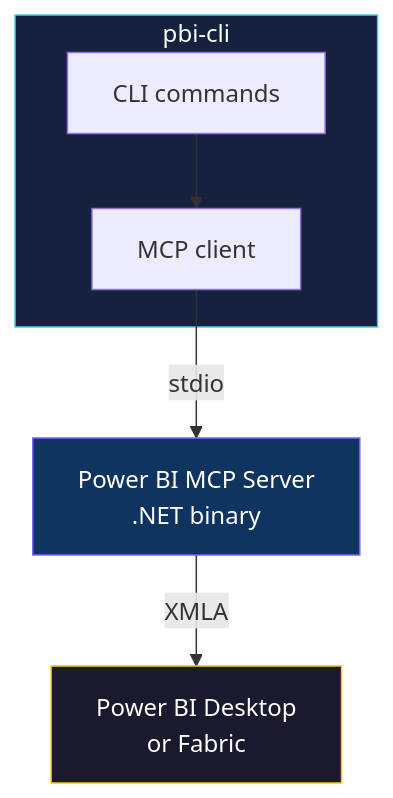
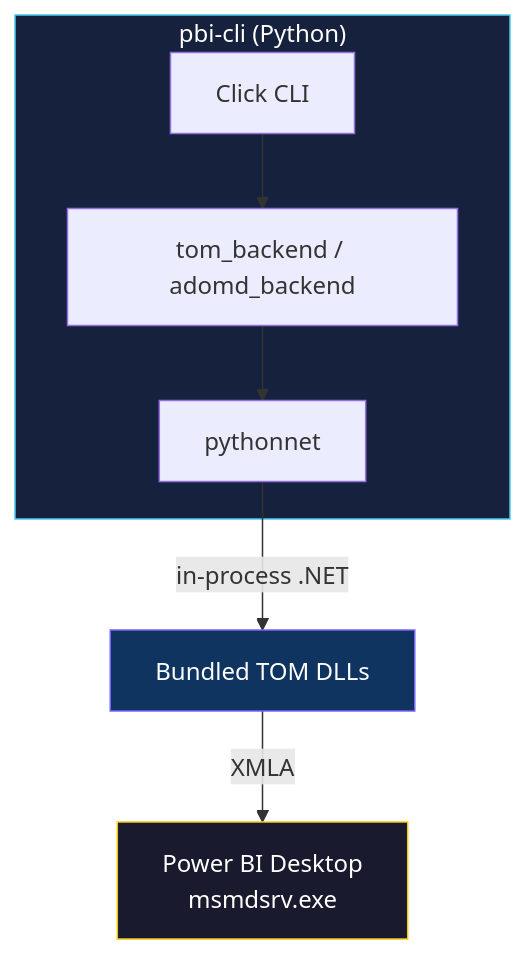
One commit to adamreichenbach/pbi-cli changed the third of 3 diagrams in README.md. Above: the diagram before and after it, drawn with Mermaid. The commit also changed other lines of this file and 68 other files, not shown here.

First line of the commit message:
feat: v2.0.0 - replace MCP server with direct pythonnet/.NET TOM interop

````diff
--- a/README.md
+++ b/README.md
@@ -249,12 +287,13 @@
 ```mermaid
 graph TB
-    subgraph CLI["pbi-cli"]
-        A["CLI commands"] --> B["MCP client"]
+    subgraph CLI["pbi-cli (Python)"]
+        A["Click CLI"] --> B["tom_backend / adomd_backend"]
+        B --> C["pythonnet"]
     end
-    B -->|"stdio"| C["Power BI MCP Server<br/>.NET binary"]
-    C -->|"XMLA"| D["Power BI Desktop<br/>or Fabric"]
+    C -->|"in-process .NET"| D["Bundled TOM DLLs"]
+    D -->|"XMLA"| E["Power BI Desktop<br/>msmdsrv.exe"]
 
     style CLI fill:#16213e,stroke:#4cc9f0,color:#fff
-    style C fill:#0f3460,stroke:#7b61ff,color:#fff
-    style D fill:#1a1a2e,stroke:#f2c811,color:#fff
+    style D fill:#0f3460,stroke:#7b61ff,color:#fff
+    style E fill:#1a1a2e,stroke:#f2c811,color:#fff
 ```
````
